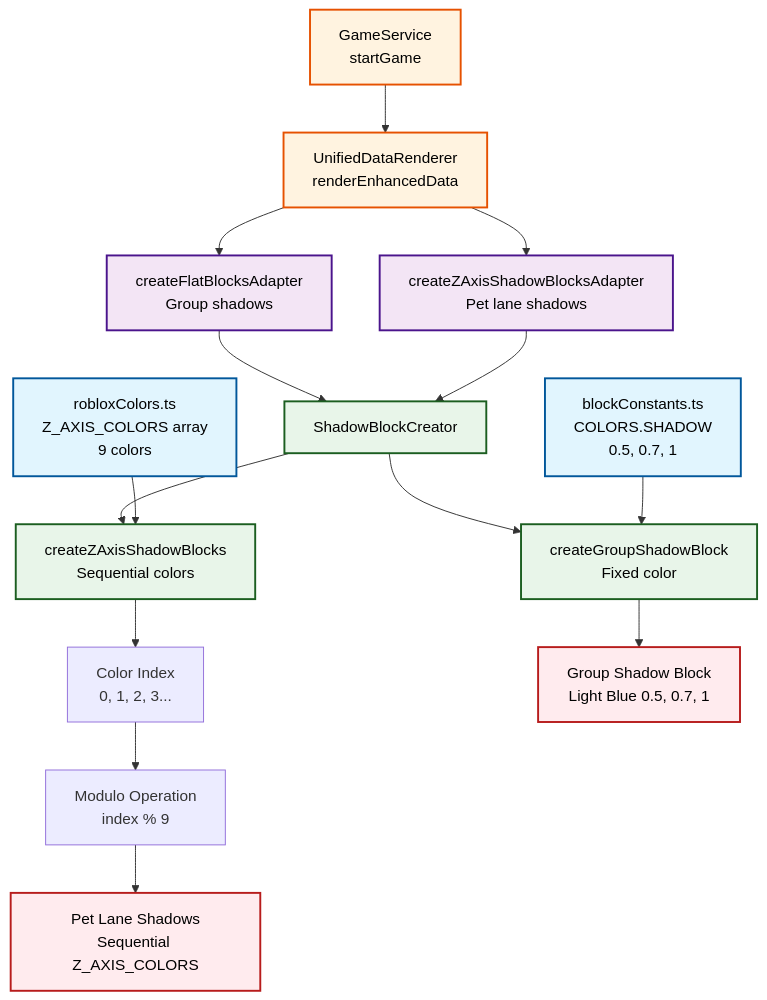
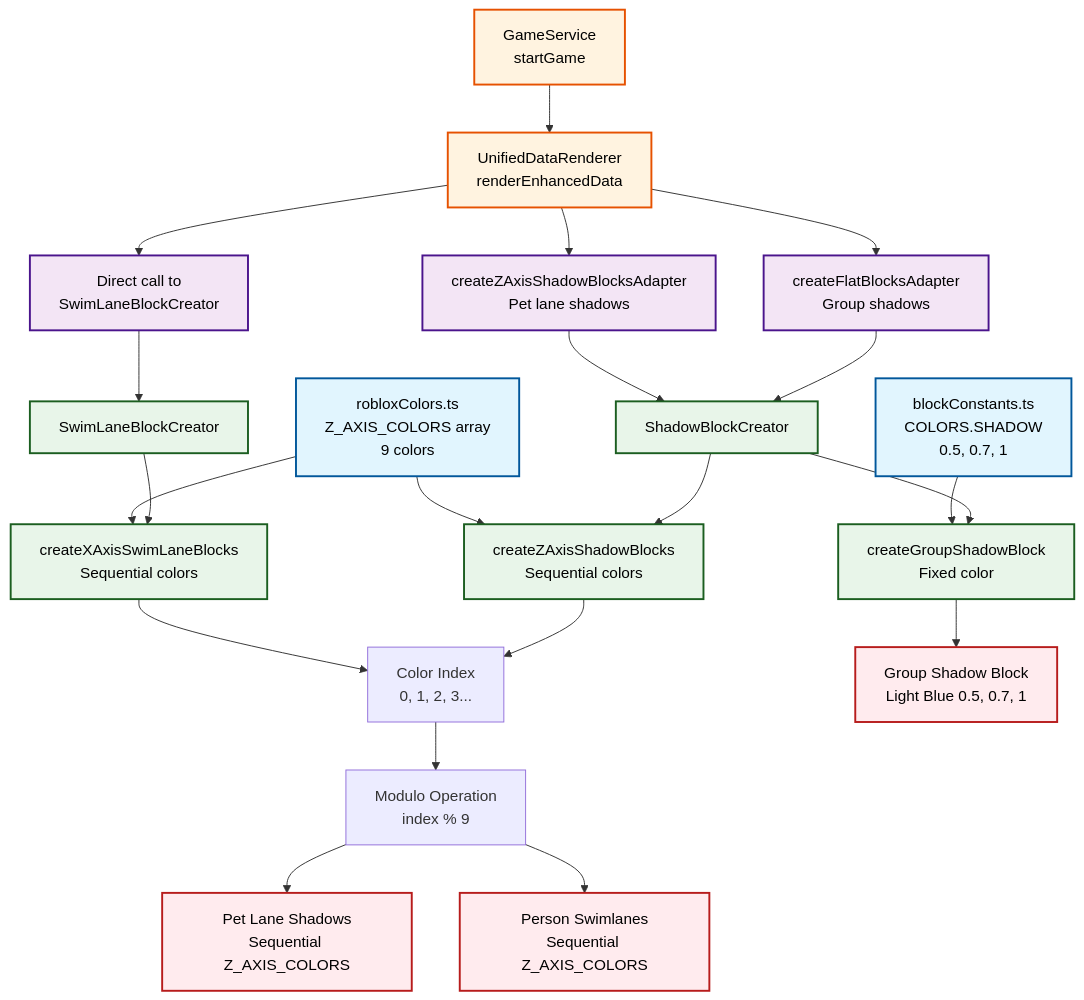
The diagram in 000ColorsFlow.md (Matt-Hill-83/roblox-mapper-002), drawn with Mermaid before and after one commit. The commit also changed other lines of this file and 1 other file, not shown here.

First line of the commit message:
Add documentation for shadow block color flow

````diff
--- a/000ColorsFlow.md
+++ b/000ColorsFlow.md
@@ -13,59 +14,69 @@
 ```mermaid
 flowchart TD
     %% Data Sources
     robloxColors[robloxColors.ts<br/>Z_AXIS_COLORS array<br/>9 colors]
     blockConstants[blockConstants.ts<br/>COLORS.SHADOW<br/>0.5, 0.7, 1]
     
     %% Service Layer
     gameService[GameService<br/>startGame]
     unifiedRenderer[UnifiedDataRenderer<br/>renderEnhancedData]
     
     %% Adapters
     flatBlockAdapter[createFlatBlocksAdapter<br/>Group shadows]
     zAxisAdapter[createZAxisShadowBlocksAdapter<br/>Pet lane shadows]
+    xAxisAdapter[Direct call to<br/>SwimLaneBlockCreator]
     
     %% Creators
     shadowCreator[ShadowBlockCreator]
+    swimlaneCreator[SwimLaneBlockCreator]
     groupMethod[createGroupShadowBlock<br/>Fixed color]
     zAxisMethod[createZAxisShadowBlocks<br/>Sequential colors]
+    xAxisMethod[createXAxisSwimLaneBlocks<br/>Sequential colors]
     
     %% Color Assignment
     colorIndex[Color Index<br/>0, 1, 2, 3...]
     modulo[Modulo Operation<br/>index % 9]
     
     %% Final Blocks
     groupShadow[Group Shadow Block<br/>Light Blue 0.5, 0.7, 1]
     petLaneShadows[Pet Lane Shadows<br/>Sequential Z_AXIS_COLORS]
+    personSwimlanes[Person Swimlanes<br/>Sequential Z_AXIS_COLORS]
     
     %% Connections
     gameService --> unifiedRenderer
     unifiedRenderer --> flatBlockAdapter
     unifiedRenderer --> zAxisAdapter
+    unifiedRenderer --> xAxisAdapter
     
     flatBlockAdapter --> shadowCreator
     zAxisAdapter --> shadowCreator
+    xAxisAdapter --> swimlaneCreator
     
     shadowCreator --> groupMethod
     shadowCreator --> zAxisMethod
+    swimlaneCreator --> xAxisMethod
     
     blockConstants --> groupMethod
     groupMethod --> groupShadow
     
     robloxColors --> zAxisMethod
+    robloxColors --> xAxisMethod
     zAxisMethod --> colorIndex
+    xAxisMethod --> colorIndex
     colorIndex --> modulo
     modulo --> petLaneShadows
+    modulo --> personSwimlanes
     
     %% Styling - All light backgrounds with black text
     classDef dataSource fill:#e1f5fe,stroke:#01579b,stroke-width:2px,color:#000
     classDef service fill:#fff3e0,stroke:#e65100,stroke-width:2px,color:#000
     classDef adapter fill:#f3e5f5,stroke:#4a148c,stroke-width:2px,color:#000
     classDef creator fill:#e8f5e9,stroke:#1b5e20,stroke-width:2px,color:#000
     classDef output fill:#ffebee,stroke:#b71c1c,stroke-width:2px,color:#000
     
     class robloxColors,blockConstants dataSource
     class gameService,unifiedRenderer service
-    class flatBlockAdapter,zAxisAdapter adapter
-    class shadowCreator,groupMethod,zAxisMethod creator
-    class groupShadow,petLaneShadows output
+    class flatBlockAdapter,zAxisAdapter,xAxisAdapter adapter
+    class shadowCreator,swimlaneCreator,groupMethod,zAxisMethod,xAxisMethod creator
+    class groupShadow,petLaneShadows,personSwimlanes output
 ```
````
